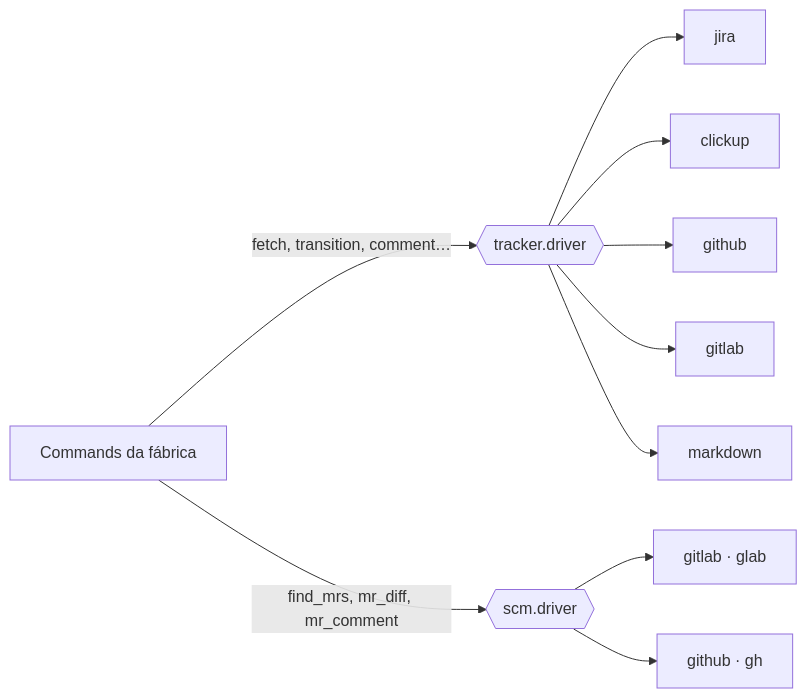
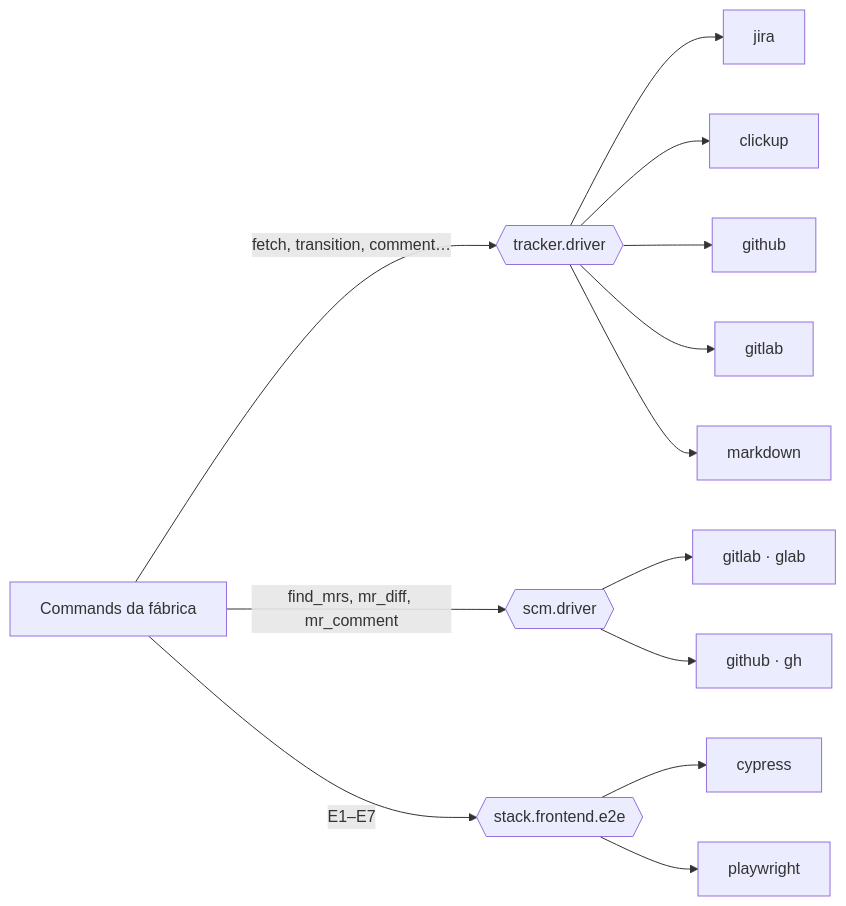
One commit to correaschneider/ai-factory changed the diagram in docs/concepts.md. Above: the diagram before and after it, drawn with Mermaid. The commit also changed other lines of this file and 17 other files, not shown here.

First line of the commit message:
feat: QA agnóstica de ferramenta de E2E com drivers cypress e playwright (v1.2.0)

````diff
--- a/docs/concepts.md
+++ b/docs/concepts.md
@@ -40,12 +41,15 @@
 ```mermaid
 flowchart LR
     C[Commands da fábrica] -->|fetch, transition, comment…| T{{tracker.driver}}
     C -->|find_mrs, mr_diff, mr_comment| S{{scm.driver}}
     T --> J[jira]
     T --> K[clickup]
     T --> GI[github]
     T --> G[gitlab]
     T --> M[markdown]
     S --> GL[gitlab · glab]
     S --> GH[github · gh]
+    C -->|E1–E7| E{{stack.frontend.e2e}}
+    E --> CY[cypress]
+    E --> PW[playwright]
 ```
````
